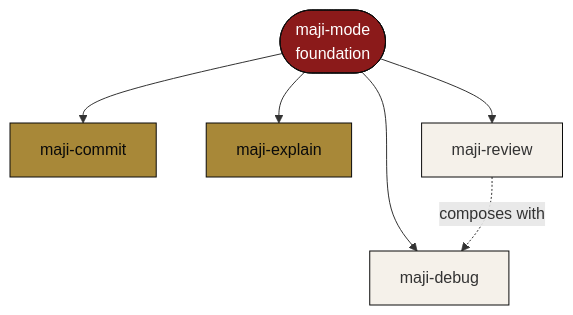
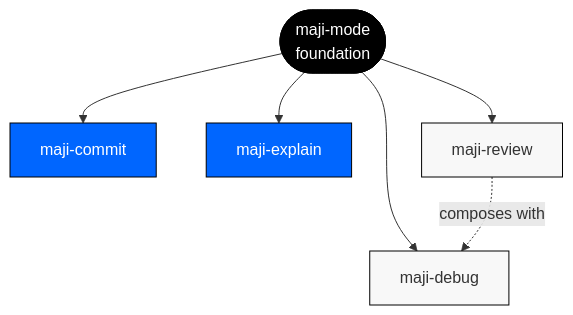
The second of 6 diagrams in README.md (Ijam18/MAJI-Skills), drawn with Mermaid before and after one commit. The commit also changed other lines of this file and 6 other files, not shown here.

````diff
--- a/README.md
+++ b/README.md
@@ -93,15 +94,15 @@
 ```mermaid
 flowchart TD
     M([maji-mode<br/>foundation])
     M --> C[maji-commit]
     M --> E[maji-explain]
     M --> D[maji-debug]
     M --> R[maji-review]
     R -.composes with.-> D
 
-    style M fill:#8B1A1A,stroke:#0A0A0A,color:#FFFFFF
-    style C fill:#A88838,stroke:#0A0A0A,color:#0A0A0A
-    style E fill:#A88838,stroke:#0A0A0A,color:#0A0A0A
-    style R fill:#F5F1EA,stroke:#0A0A0A
-    style D fill:#F5F1EA,stroke:#0A0A0A
+    style M fill:#000000,stroke:#000000,color:#FFFFFF
+    style C fill:#0066FF,stroke:#000000,color:#FFFFFF
+    style E fill:#0066FF,stroke:#000000,color:#FFFFFF
+    style R fill:#F8F8F8,stroke:#000000
+    style D fill:#F8F8F8,stroke:#000000
 ```
````
